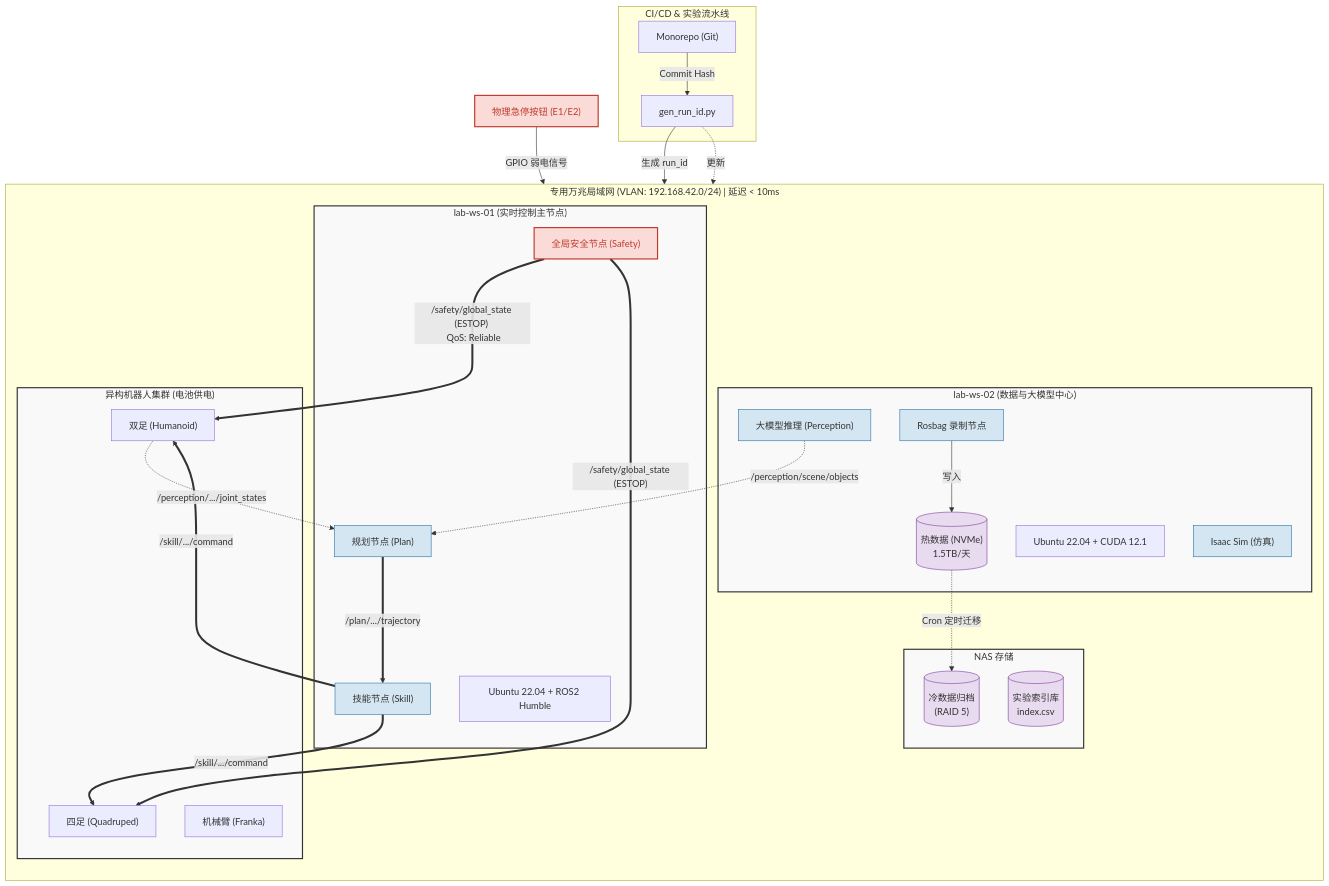
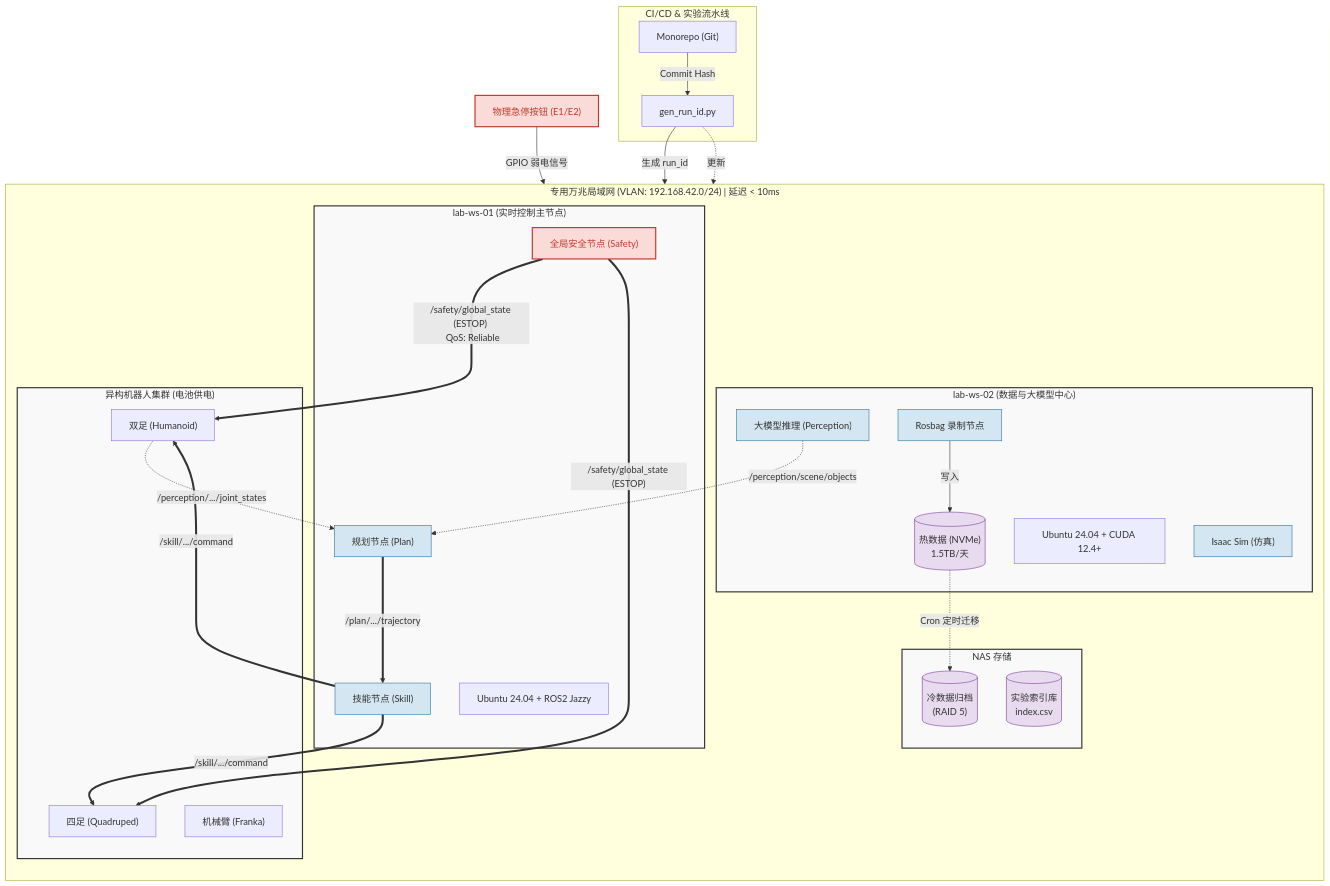
The diagram in docs/architecture/platform_architecture_v1.md (msewindy/embodied__ai_lab), drawn with Mermaid before and after one commit. The commit also changed other lines of this file and 89 other files, not shown here.

````diff
--- a/docs/architecture/platform_architecture_v1.md
+++ b/docs/architecture/platform_architecture_v1.md
@@ -16,79 +17,79 @@
 ```mermaid
 graph TD
     %% --------------------------------------------------------
     %% 1. 物理网络与算力层 (Infrastructure)
     %% --------------------------------------------------------
     subgraph Network ["专用万兆局域网 (VLAN: 192.168.42.0/24) | 延迟 < 10ms"]
         direction TB
         
         subgraph WS02 ["lab-ws-02 (数据与大模型中心)"]
-            OS2["Ubuntu 22.04 + CUDA 12.1"]
+            OS2["Ubuntu 24.04 + CUDA 12.4+"]
             VLM["大模型推理 (Perception)"]
             Sim["Isaac Sim (仿真)"]
             Recorder["Rosbag 录制节点"]
             HotStorage[("热数据 (NVMe) <br> 1.5TB/天")]
         end
 
         subgraph WS01 ["lab-ws-01 (实时控制主节点)"]
-            OS1["Ubuntu 22.04 + ROS2 Humble"]
+            OS1["Ubuntu 24.04 + ROS2 Jazzy"]
             PlanNode["规划节点 (Plan)"]
             SkillNode["技能节点 (Skill)"]
             SafetyNode["全局安全节点 (Safety)"]
         end
 
         subgraph NAS ["NAS 存储"]
             ColdStorage[("冷数据归档 <br> (RAID 5)")]
             IndexDB[("实验索引库 <br> index.csv")]
         end
 
         subgraph Devices ["异构机器人集群 (电池供电)"]
             D1["双足 (Humanoid)"]
             D2["四足 (Quadruped)"]
             D3["机械臂 (Franka)"]
         end
     end
 
     %% --------------------------------------------------------
     %% 2. ROS2 逻辑数据流 (Data Flow & Interfaces)
     %% --------------------------------------------------------
     %% 感知流
     D1 -.->|"/perception/.../joint_states"| PlanNode
     VLM -.->|"/perception/scene/objects"| PlanNode
 
     %% 控制流
     PlanNode ==>|"/plan/.../trajectory"| SkillNode
     SkillNode ==>|"/skill/.../command"| D1
     SkillNode ==>|"/skill/.../command"| D2
 
     %% 安全流 (最高优先级)
     SafetyNode ===>|"/safety/global_state (ESTOP)" <br> QoS: Reliable| D1
     SafetyNode ===>|"/safety/global_state (ESTOP)"| D2
     
     %% 物理急停上报
     EStop["物理急停按钮 (E1/E2)"] -->|GPIO 弱电信号| SafetyNode
 
     %% --------------------------------------------------------
     %% 3. 实验追溯与数据落盘 (Run_ID Spec)
     %% --------------------------------------------------------
     subgraph Pipeline ["CI/CD & 实验流水线"]
         Git["Monorepo (Git)"]
         GenRunID["gen_run_id.py"]
     end
 
     Git -->|Commit Hash| GenRunID
     GenRunID -->|生成 run_id| Recorder
     Recorder -->|写入| HotStorage
     HotStorage -.->|Cron 定时迁移| ColdStorage
     GenRunID -.->|更新| IndexDB
 
     %% 样式定义
     classDef hardware fill:#f9f9f9,stroke:#333,stroke-width:2px;
     classDef software fill:#d4e6f1,stroke:#2874a6,stroke-width:1px;
     classDef safety fill:#fadbd8,stroke:#c0392b,stroke-width:2px,color:#c0392b;
     classDef storage fill:#e8daef,stroke:#7d3c98,stroke-width:1px;
 
     class WS01,WS02,NAS,Devices hardware;
     class PlanNode,SkillNode,VLM,Sim,Recorder software;
     class SafetyNode,EStop safety;
     class HotStorage,ColdStorage,IndexDB storage;
 ```
````
